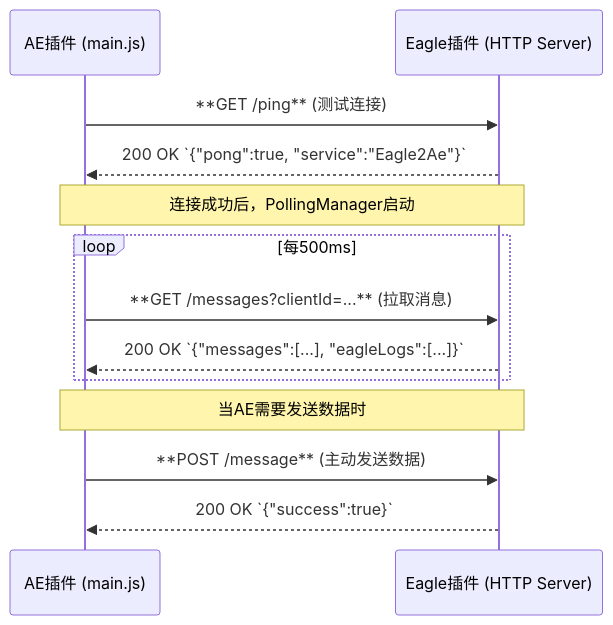
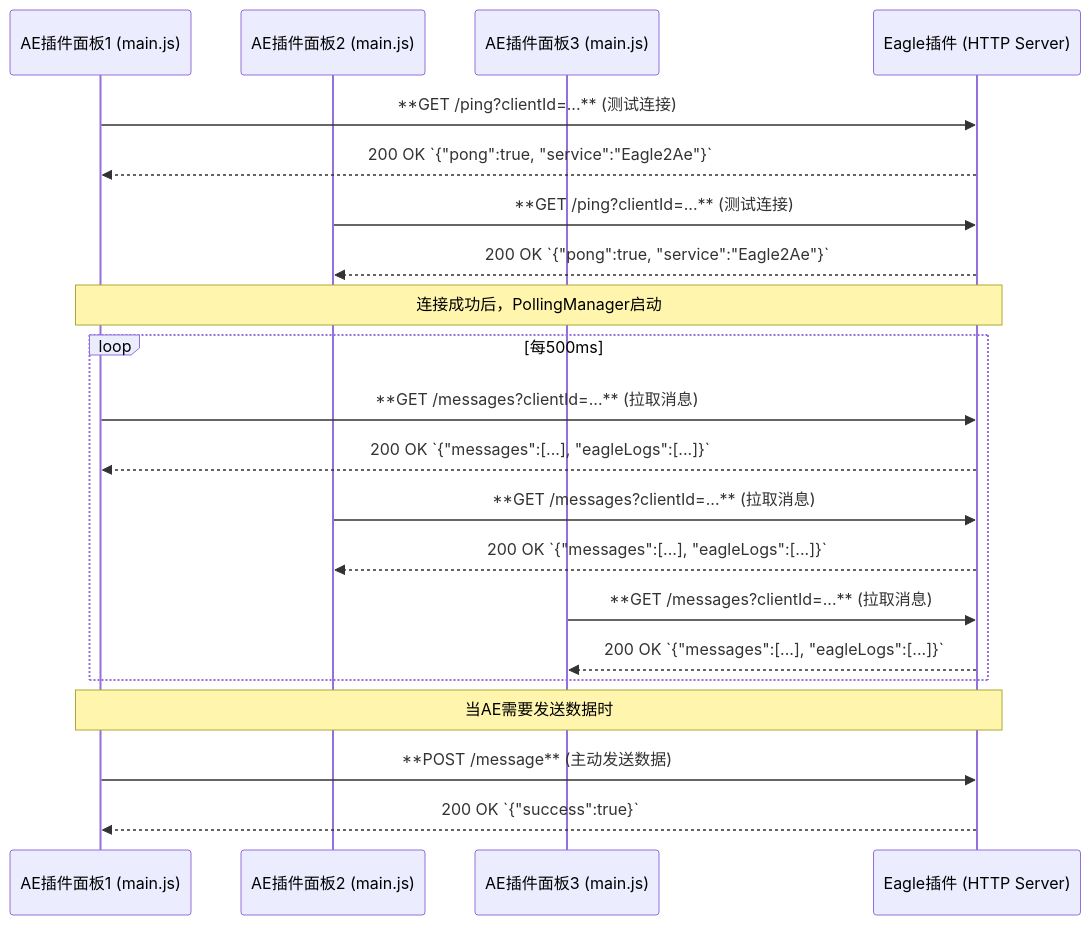
Before and after one commit to yancongya/Eagle2Ae: the diagram in apps/eagle2ae_docs/ae/architecture/communication-protocol.md, drawn with Mermaid. The commit also changed other lines of this file and 217 other files, not shown here.

````diff
--- a/apps/eagle2ae_docs/ae/architecture/communication-protocol.md
+++ b/apps/eagle2ae_docs/ae/architecture/communication-protocol.md
@@ -28,19 +28,30 @@
 ```mermaid
 sequenceDiagram
-    participant A as AE插件 (main.js)
+    participant A1 as AE插件面板1 (main.js)
+    participant A2 as AE插件面板2 (main.js)
+    participant A3 as AE插件面板3 (main.js)
     participant E as Eagle插件 (HTTP Server)
 
-    A->>E: **GET /ping** (测试连接)
-    E-->>A: 200 OK `{"pong":true, "service":"Eagle2Ae"}`
+    A1->>E: **GET /ping?clientId=...** (测试连接)
+    E-->>A1: 200 OK `{"pong":true, "service":"Eagle2Ae"}`
 
-    Note over A,E: 连接成功后，PollingManager启动
+    A2->>E: **GET /ping?clientId=...** (测试连接)
+    E-->>A2: 200 OK `{"pong":true, "service":"Eagle2Ae"}`
+
+    Note over A1,E: 连接成功后，PollingManager启动
 
     loop 每500ms
-        A->>E: **GET /messages?clientId=...** (拉取消息)
-        E-->>A: 200 OK `{"messages":[...], "eagleLogs":[...]}`
+        A1->>E: **GET /messages?clientId=...** (拉取消息)
+        E-->>A1: 200 OK `{"messages":[...], "eagleLogs":[...]}`
+        
+        A2->>E: **GET /messages?clientId=...** (拉取消息)
+        E-->>A2: 200 OK `{"messages":[...], "eagleLogs":[...]}`
+        
+        A3->>E: **GET /messages?clientId=...** (拉取消息)
+        E-->>A3: 200 OK `{"messages":[...], "eagleLogs":[...]}`
     end
 
-    Note over A,E: 当AE需要发送数据时
-    A->>E: **POST /message** (主动发送数据)
-    E-->>A: 200 OK `{"success":true}`
+    Note over A1,E: 当AE需要发送数据时
+    A1->>E: **POST /message** (主动发送数据)
+    E-->>A1: 200 OK `{"success":true}`
 ```
````
